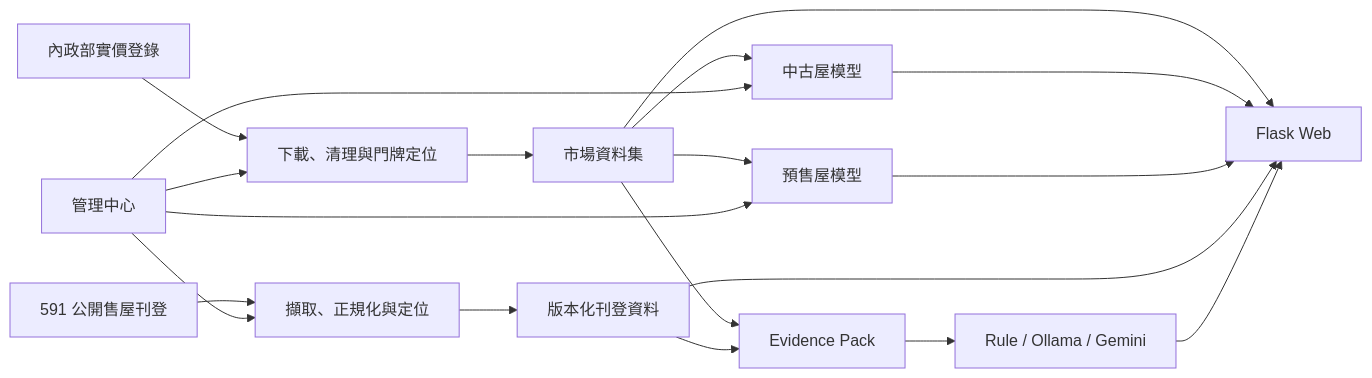
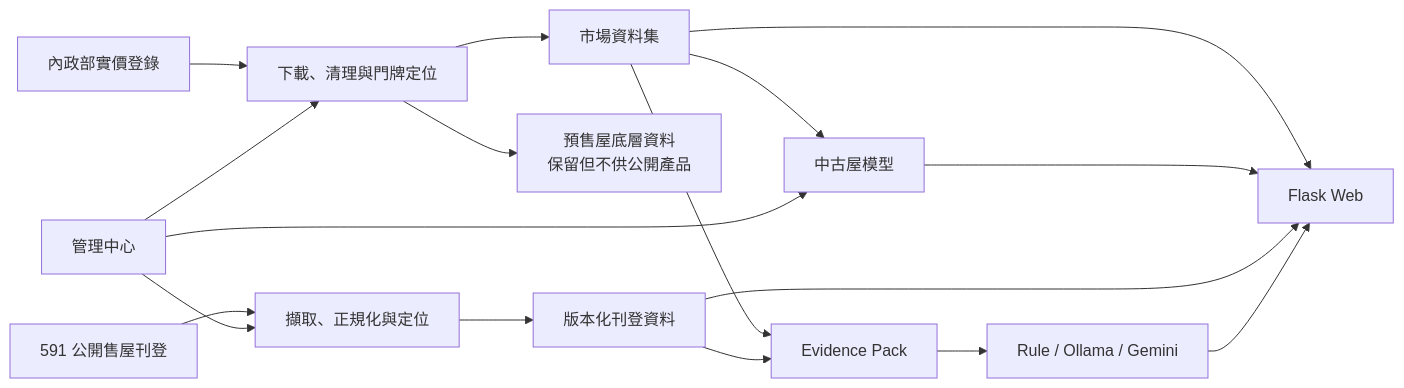
Before and after one commit to hh123456tw/qingpu-insight: the diagram in README.md, drawn with Mermaid. The commit also changed other lines of this file and 2 other files, not shown here.

````diff
--- a/README.md
+++ b/README.md
@@ -65,21 +67,19 @@
 ```mermaid
 flowchart LR
     A["內政部實價登錄"] --> B["下載、清理與門牌定位"]
     C["591 公開售屋刊登"] --> D["擷取、正規化與定位"]
     B --> E["市場資料集"]
+    B --> P["預售屋底層資料<br/>保留但不供公開產品"]
     E --> F["中古屋模型"]
-    E --> G["預售屋模型"]
     D --> H["版本化刊登資料"]
     E --> I["Flask Web"]
     F --> I
-    G --> I
     H --> I
     E --> J["Evidence Pack"]
     H --> J
     J --> K["Rule / Ollama / Gemini"]
     K --> I
     L["管理中心"] --> B
     L --> D
     L --> F
-    L --> G
 ```
````
